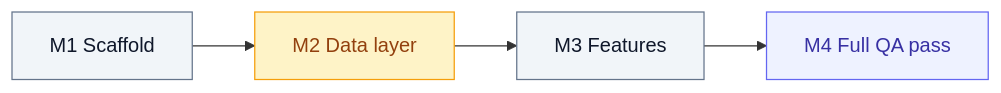
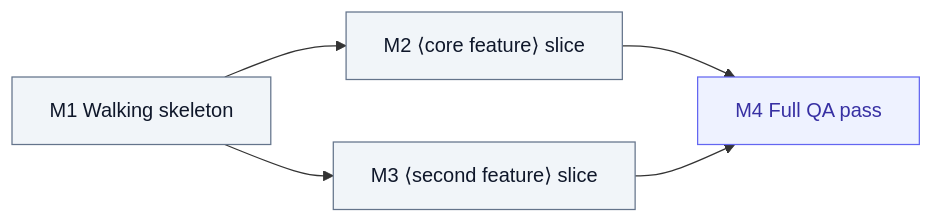
The fifth of 5 diagrams in skills/masterplan/references/masterplan-template.md (labsiqbal/masterplan), drawn with Mermaid before and after one commit. The commit also changed other lines of this file and 9 other files, not shown here.

````diff
--- a/skills/masterplan/references/masterplan-template.md
+++ b/skills/masterplan/references/masterplan-template.md
@@ -233,9 +241,9 @@
 ```mermaid
 flowchart LR
   classDef entry fill:#eef2ff,stroke:#6366f1,color:#3730a3
   classDef proc fill:#f1f5f9,stroke:#64748b,color:#0f172a
-  classDef store fill:#fef3c7,stroke:#f59e0b,color:#92400e
-  m1[M1 Scaffold]:::proc --> m2[M2 Data layer]:::store
-  m2 --> m3[M3 Features]:::proc
-  m3 --> m4[M4 Full QA pass]:::entry
+  m1["M1 Walking skeleton"]:::proc --> m2["M2 ⟨core feature⟩ slice"]:::proc
+  m1 --> m3["M3 ⟨second feature⟩ slice"]:::proc
+  m2 --> m4["M4 Full QA pass"]:::entry
+  m3 --> m4
 ```
````
